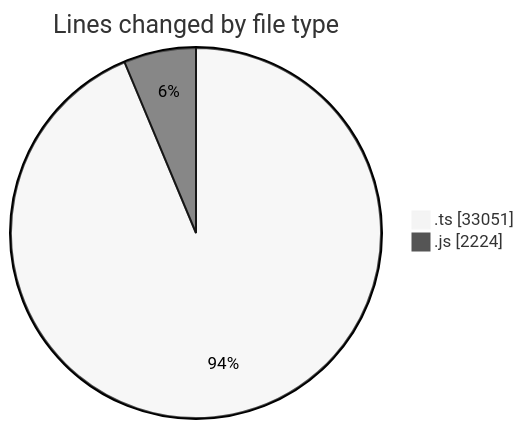
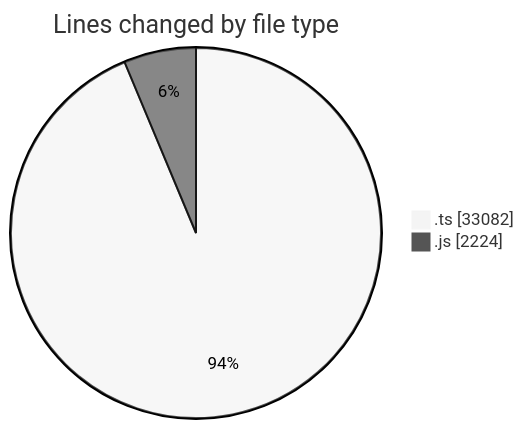
One commit to momahboobian/code-tracking changed the first of 2 diagrams in 2025-06-26/cda/README.md. Above: the diagram before and after it, drawn with Mermaid (neutral theme). The commit also changed other lines of this file and 1 other file, not shown here.

````diff
--- a/2025-06-26/cda/README.md
+++ b/2025-06-26/cda/README.md
@@ -35,6 +35,6 @@
 ```mermaid
 pie showData
 title Lines changed by file type
-".ts" : 33051
+".ts" : 33082
 ".js" : 2224
 ```
````
